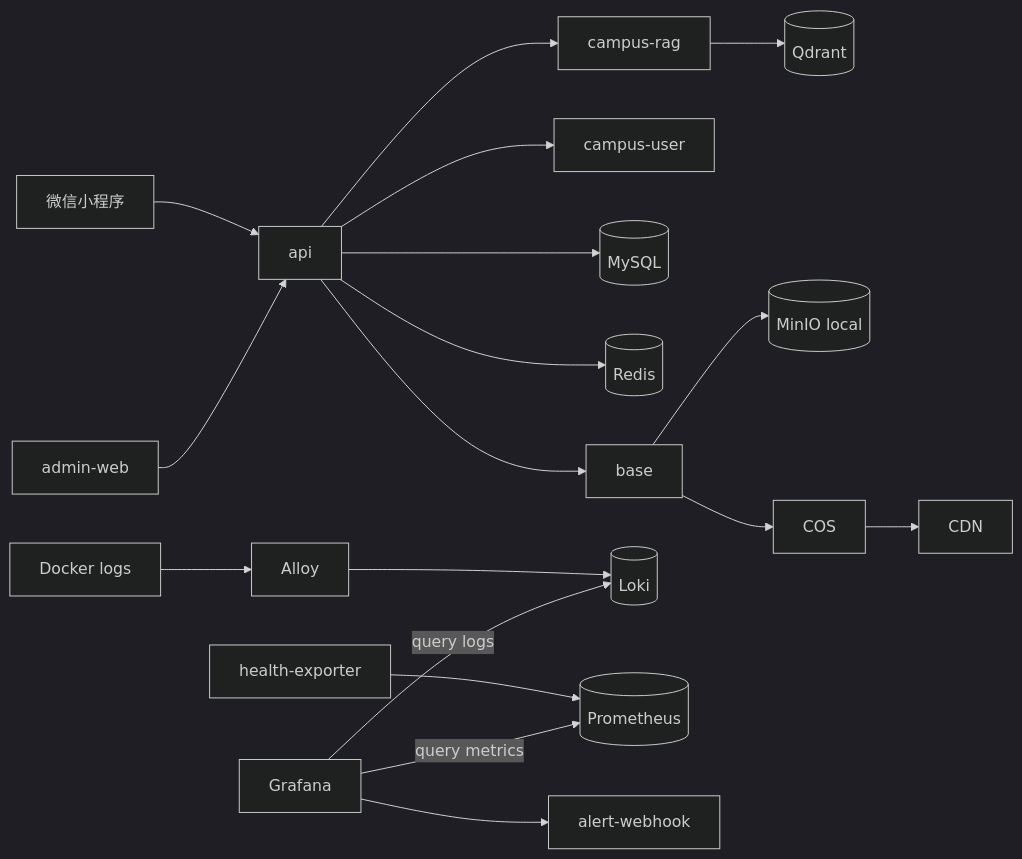
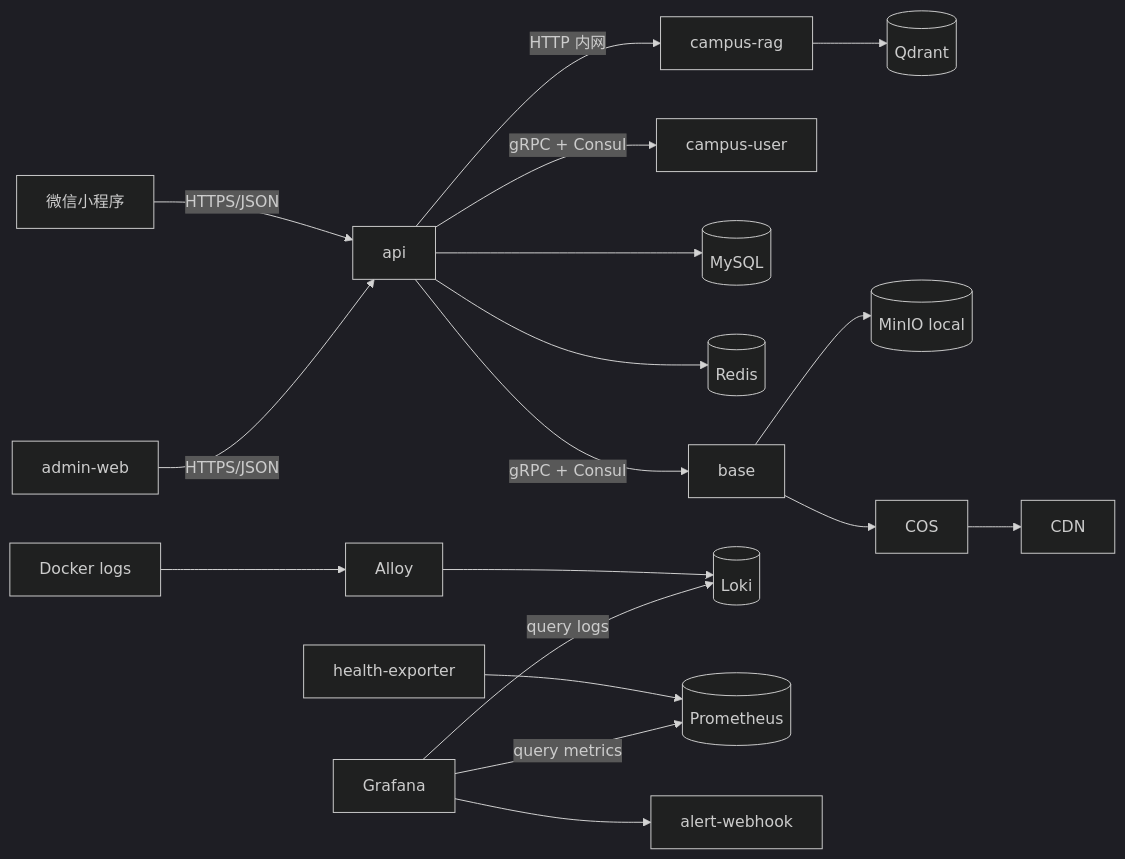
One commit to tangfire/lehu-video changed the diagram in docs/architecture.md. Above: the diagram before and after it, drawn with Mermaid (dark theme). The commit also changed other lines of this file and 5 other files, not shown here.

First line of the commit message:
README 明确写成“校园 e站轻量微服务架构” 架构图标清楚：小程序/后台 -> campus-api：HTTPS/JSON campus-api -> base/campus-user：gRPC + Consul campus-api -> campus-rag：Docker 内网 HTTP

````diff
--- a/docs/architecture.md
+++ b/docs/architecture.md
@@ -26,20 +27,20 @@
 ```mermaid
 flowchart LR
-    MiniProgram[微信小程序] --> API[api]
-    Admin[admin-web] --> API
-    API --> Base[base]
-    API --> User[campus-user]
+    MiniProgram[微信小程序] -->|HTTPS/JSON| API[api]
+    Admin[admin-web] -->|HTTPS/JSON| API
+    API -->|gRPC + Consul| Base[base]
+    API -->|gRPC + Consul| User[campus-user]
     API --> MySQL[(MySQL)]
     API --> Redis[(Redis)]
-    API --> Rag[campus-rag]
+    API -->|HTTP 内网| Rag[campus-rag]
     Rag --> Qdrant[(Qdrant)]
     Base --> MinIO[(MinIO local)]
     Base --> COS[COS]
     COS --> CDN[CDN]
     DockerLogs[Docker logs] --> Alloy[Alloy]
     Alloy --> Loki[(Loki)]
     Grafana[Grafana] -->|query logs| Loki
     Health[health-exporter] --> Prometheus[(Prometheus)]
     Grafana -->|query metrics| Prometheus
     Grafana --> Alert[alert-webhook]
 ```
````
